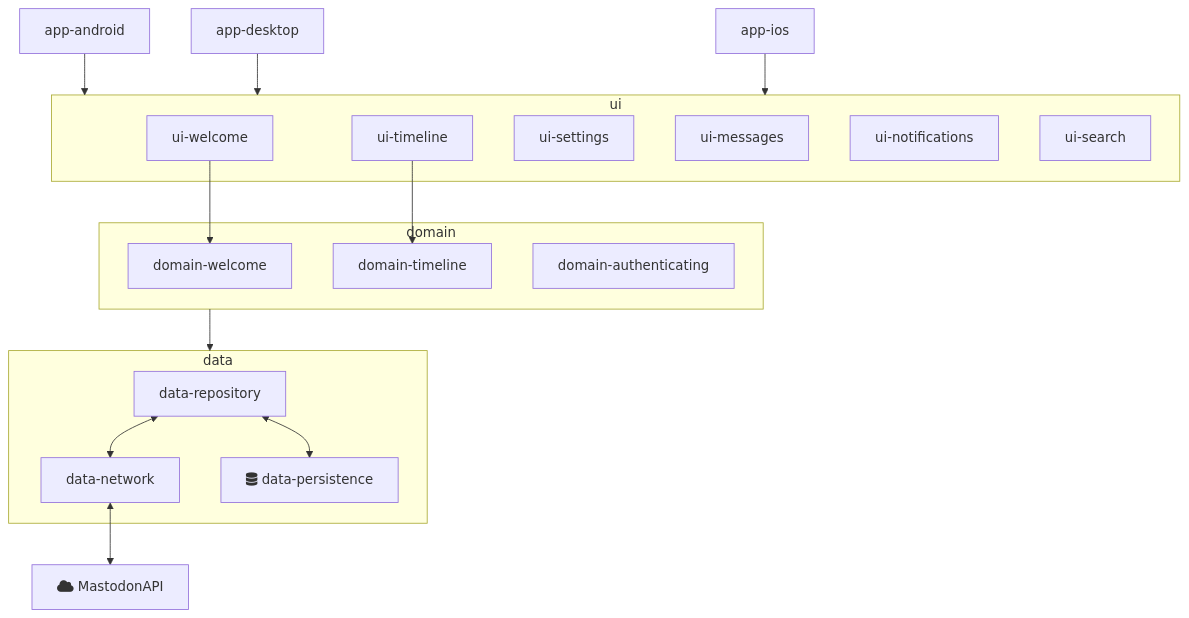
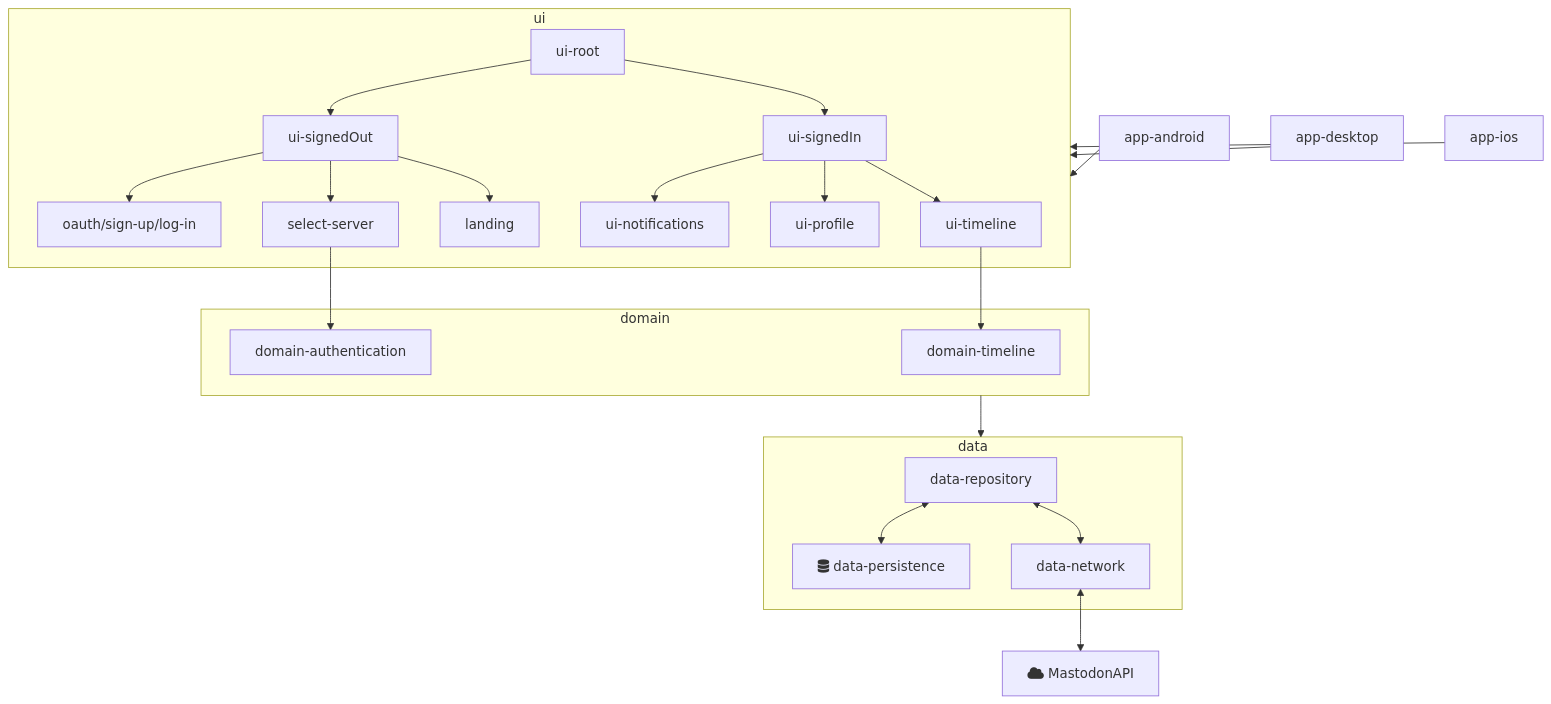
Before and after one commit to AndroidDev-social/DodoForMastodon: the diagram in CONTRIBUTING.md, drawn with Mermaid. The commit also changed other lines of this file and 35 other files, not shown here.

````diff
--- a/CONTRIBUTING.md
+++ b/CONTRIBUTING.md
@@ -107,41 +107,52 @@
 ```mermaid
 flowchart TD
     android[app-android]
     desktop[app-desktop]
     ios[app-ios]
 
     android --> ui
     desktop --> ui
     ios --> ui
 
-    ui-welcome --> domain-welcome
     ui-timeline --> domain-timeline
+    select-server --> domain-authentication
 
     subgraph ui
-        ui-welcome
+        ui-root
+        ui-signedIn
+        ui-signedOut
         ui-timeline
-        ui-settings
-        ui-messages
+        ui-profile
         ui-notifications
-        ui-search
+        landing
+        select-server
+        oauth/sign-up/log-in
     end
+    
+    ui-root --> ui-signedIn
+    ui-root --> ui-signedOut
+    ui-signedOut --> landing
+    ui-signedOut --> select-server
+    ui-signedOut --> oauth/sign-up/log-in
+    ui-signedIn --> ui-timeline
+    ui-signedIn --> ui-profile
+    ui-signedIn --> ui-notifications
     
     subgraph domain
         domain-timeline
-        domain-welcome
-        domain-authenticating 
+        domain-authentication 
     end
     
     domain --> data
 
     subgraph data
         data-repository
         data-network
         data-persistence
     end
 
     data-repository <--> data-network
     data-repository <--> data-persistence[fa:fa-database data-persistence]
 
     data-network <--> Y[fa:fa-cloud MastodonAPI]
 ```
````
